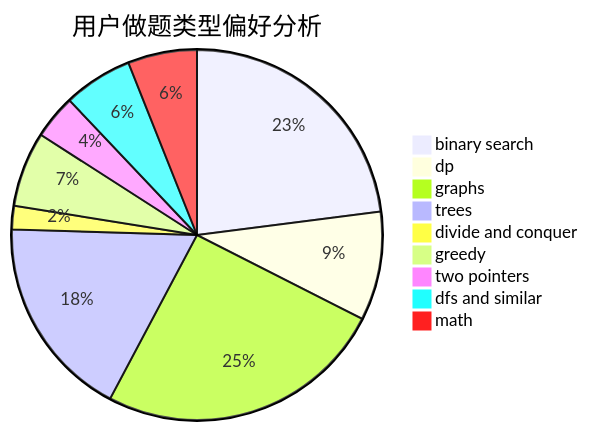
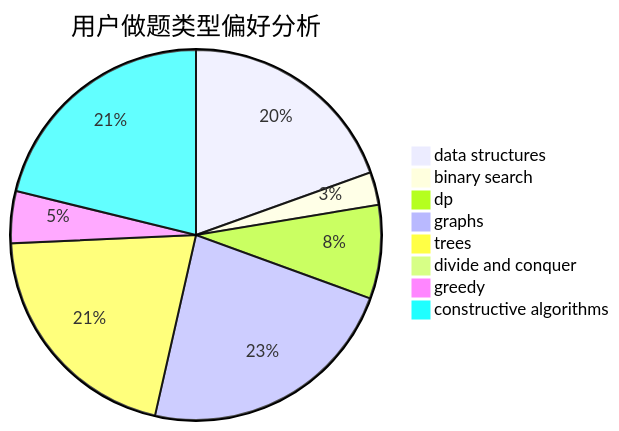
Before and after one commit to sherpahu/cfrs.github.io: the second of 3 diagrams in docs/user/u986.md, drawn with Mermaid. The commit also changed other lines of this file and 2775 other files, not shown here.

````diff
--- a/docs/user/u986.md
+++ b/docs/user/u986.md
@@ -23,12 +23,11 @@
 ```mermaid
 pie title 用户做题类型偏好分析
-    "binary search" :  179
-    "dp" :  74
-    "graphs" :  197
-    "trees" :  138
-    "divide and conquer" :  16
-    "greedy" :  51
-    "two pointers" :  30
-    "dfs and similar" :  47
-    "math" :  47
+    "data structures" :  129
+    "binary search" :  19
+    "dp" :  54
+    "graphs" :  152
+    "trees" :  137
+    "divide and conquer" :  0
+    "greedy" :  30
+    "constructive algorithms" :  140
 ```
````
